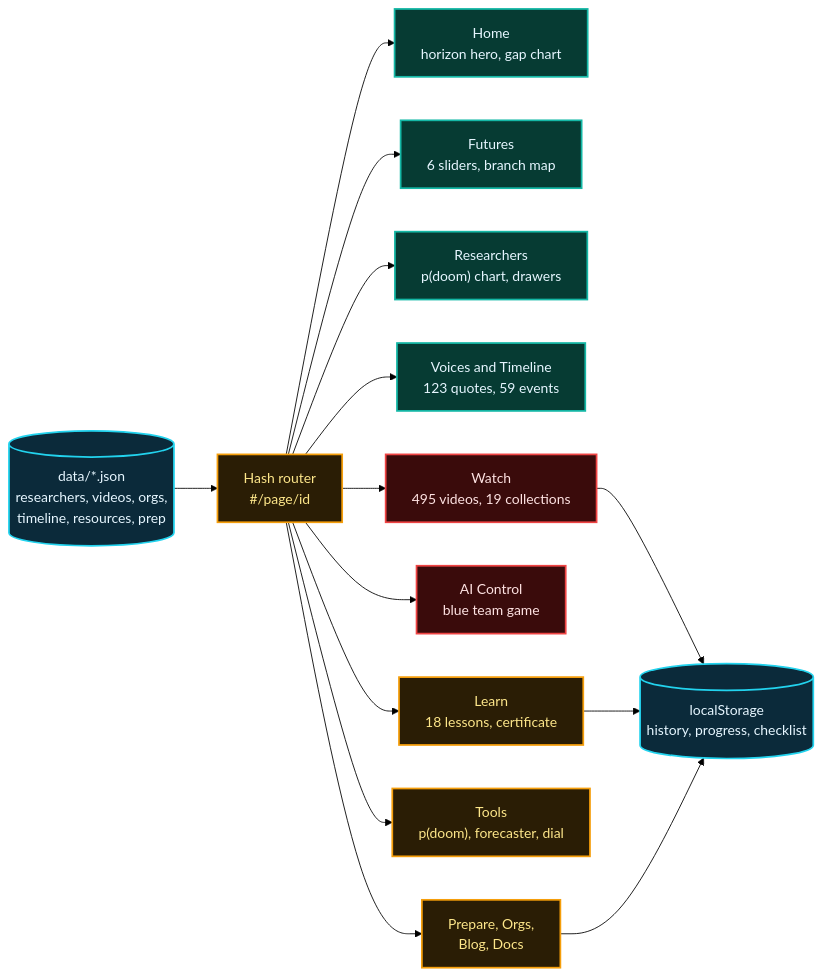
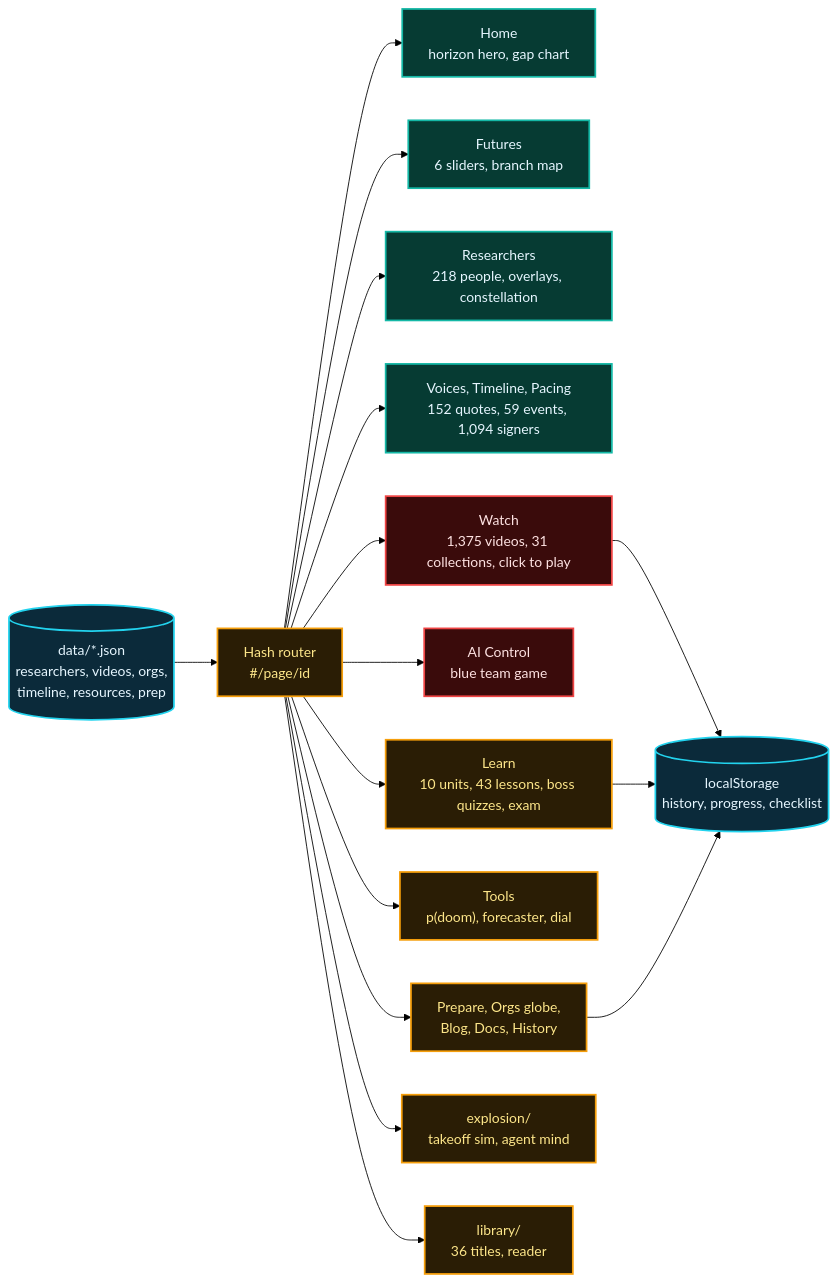
One commit to lo3elyon/ASI changed the tenth of 13 diagrams in README.md. Above: the diagram before and after it, drawn with Mermaid (forest theme). The commit also changed other lines of this file and 689 other files, not shown here.

Commit message:
Threshold Round 2: overlays, 218 researchers, photos, logos, 1,375 videos, course v2, intelligence explosion, library

````diff
--- a/README.md
+++ b/README.md
@@ -636,24 +636,26 @@
 ```mermaid
 flowchart LR
     D[("data/*.json<br/>researchers, videos, orgs,<br/>timeline, resources, prep")] --> R["Hash router<br/>#/page/id"]
     R --> H["Home<br/>horizon hero, gap chart"]
     R --> F["Futures<br/>6 sliders, branch map"]
-    R --> P["Researchers<br/>p(doom) chart, drawers"]
-    R --> V["Voices and Timeline<br/>123 quotes, 59 events"]
-    R --> W["Watch<br/>495 videos, 19 collections"]
+    R --> P["Researchers<br/>218 people, overlays, constellation"]
+    R --> V["Voices, Timeline, Pacing<br/>152 quotes, 59 events, 1,094 signers"]
+    R --> W["Watch<br/>1,375 videos, 31 collections, click to play"]
     R --> C["AI Control<br/>blue team game"]
-    R --> L["Learn<br/>18 lessons, certificate"]
+    R --> L["Learn<br/>10 units, 43 lessons, boss quizzes, exam"]
     R --> T["Tools<br/>p(doom), forecaster, dial"]
-    R --> X["Prepare, Orgs,<br/>Blog, Docs"]
+    R --> X["Prepare, Orgs globe,<br/>Blog, Docs, History"]
+    R --> E["explosion/<br/>takeoff sim, agent mind"]
+    R --> B["library/<br/>36 titles, reader"]
     W --> S[("localStorage<br/>history, progress, checklist")]
     L --> S
     X --> S
     classDef d fill:#0b2a3a,stroke:#22d3ee,stroke-width:2px,color:#e6f6ff
     classDef p fill:#063b33,stroke:#14b8a6,stroke-width:2px,color:#e6f6ff
     classDef w fill:#2a1d05,stroke:#f59e0b,stroke-width:2px,color:#fde68a
     classDef r fill:#3a0b0b,stroke:#ef4444,stroke-width:2px,color:#fee2e2
     class D,S d
     class H,F,P,V p
     class W,C r
-    class L,T,X,R w
+    class L,T,X,R,E,B w
 ```
````
